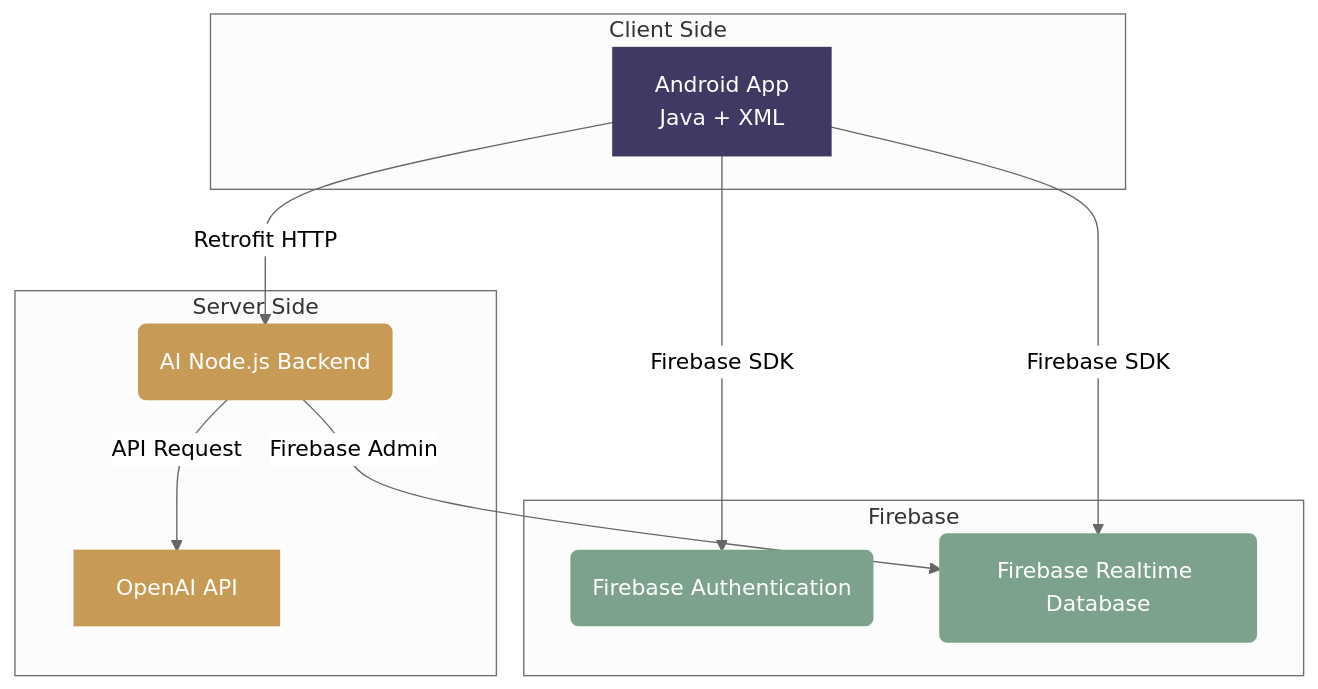
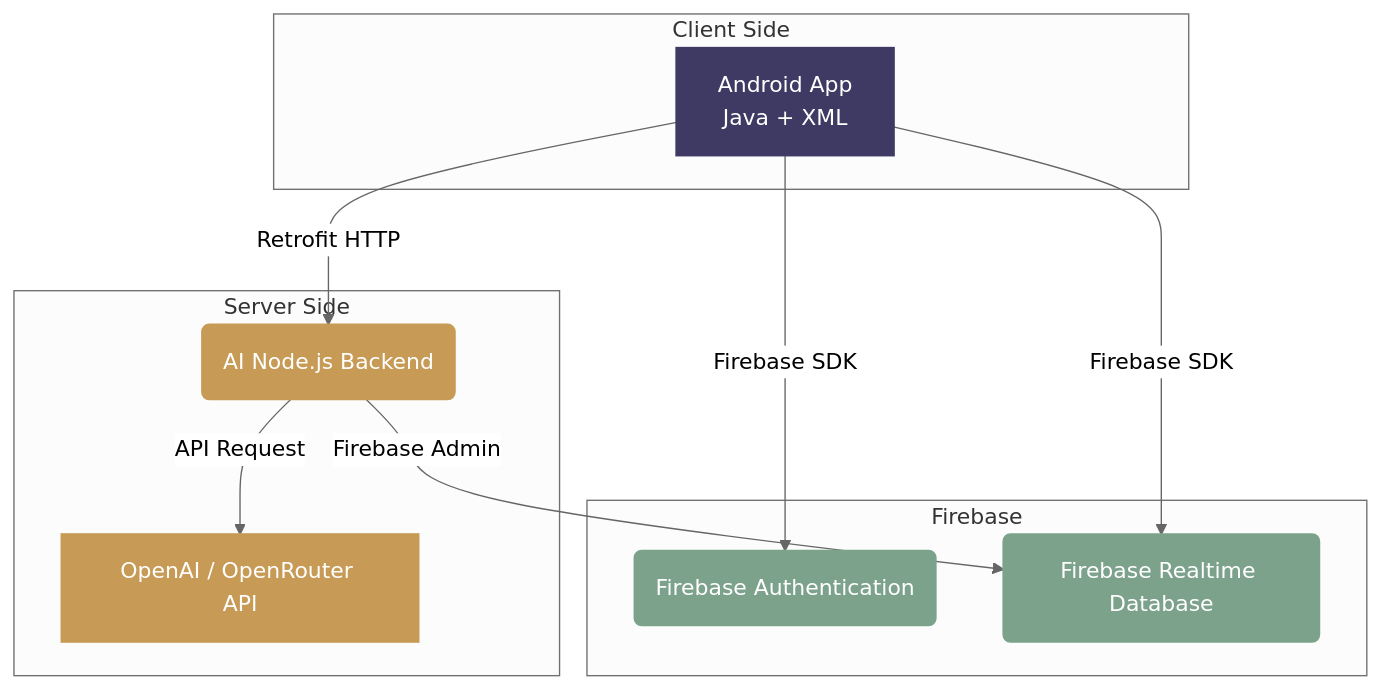
The diagram in README.md (krupasawarkar630/SmartLibrary), drawn with Mermaid (neutral theme) before and after one commit. The commit also changed other lines of this file, not shown here.

````diff
--- a/README.md
+++ b/README.md
@@ -16,30 +49,30 @@
 ```mermaid
 graph TD
     subgraph Client ["Client Side"]
         A[Android App <br> Java + XML]
     end
     
     subgraph Backend ["Server Side"]
         B(AI Node.js Backend)
-        E[OpenAI API]
+        E[OpenAI / OpenRouter API]
     end
     
     subgraph Database ["Firebase"]
         C(Firebase Authentication)
         D(Firebase Realtime Database)
     end
 
     A -->|Retrofit HTTP| B
     A -->|Firebase SDK| C
     A -->|Firebase SDK| D
     B -->|API Request| E
     B -->|Firebase Admin| D
     
     classDef client fill:#3F3A63,stroke:#3F3A63,stroke-width:2px,color:#fff;
     classDef server fill:#C79A55,stroke:#C79A55,stroke-width:2px,color:#fff;
     classDef db fill:#7DA28C,stroke:#7DA28C,stroke-width:2px,color:#fff;
     
     class A client;
     class B,E server;
     class C,D db;
 ```
````
